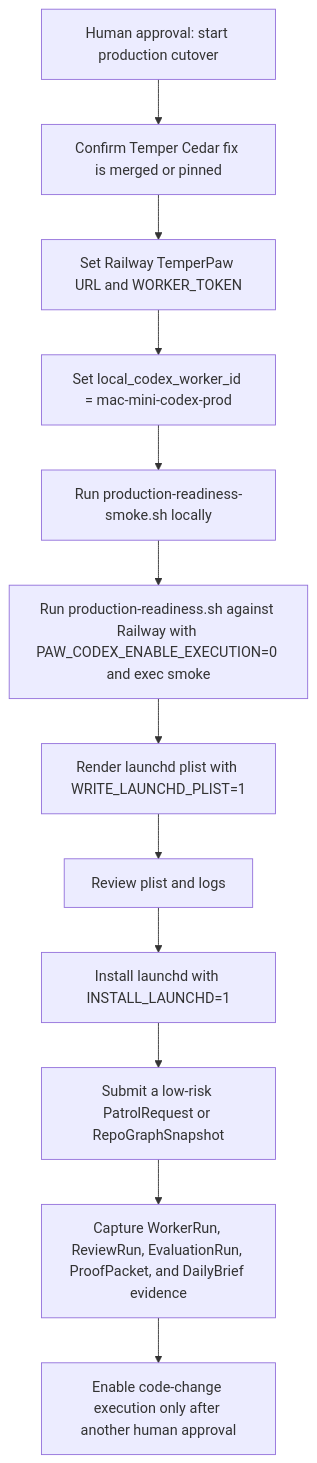
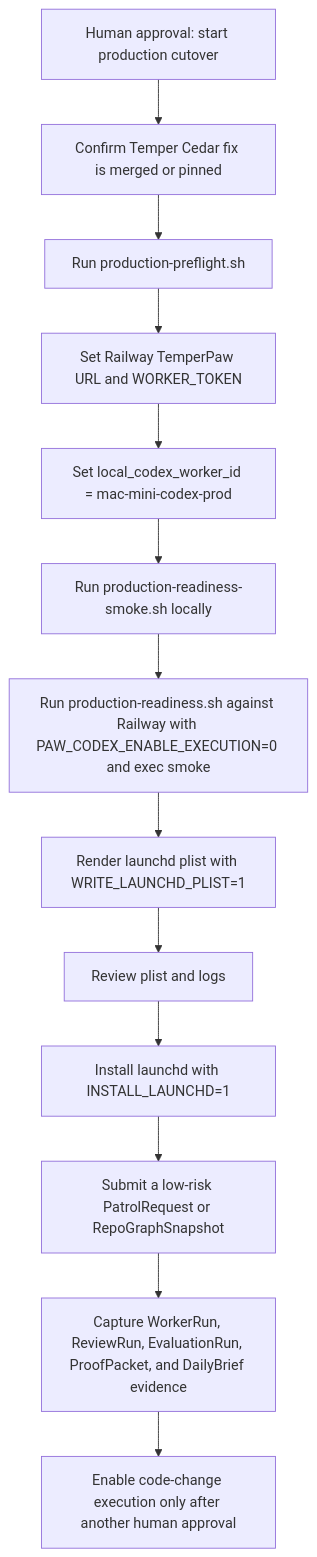
Before and after one commit to nerdsane/openpaw: the diagram in docs/runbooks/paw-patrol-production-cutover.md, drawn with Mermaid. The commit also changed other lines of this file and 7 other files, not shown here.

Commit message:
feat: add paw patrol production preflight

````diff
--- a/docs/runbooks/paw-patrol-production-cutover.md
+++ b/docs/runbooks/paw-patrol-production-cutover.md
@@ -10,14 +10,15 @@
 ```mermaid
 flowchart TD
     A["Human approval: start production cutover"] --> B["Confirm Temper Cedar fix is merged or pinned"]
-    B --> C["Set Railway TemperPaw URL and WORKER_TOKEN"]
-    C --> D["Set local_codex_worker_id = mac-mini-codex-prod"]
-    D --> E["Run production-readiness-smoke.sh locally"]
-    E --> F["Run production-readiness.sh against Railway with PAW_CODEX_ENABLE_EXECUTION=0 and exec smoke"]
-    F --> G["Render launchd plist with WRITE_LAUNCHD_PLIST=1"]
-    G --> H["Review plist and logs"]
-    H --> I["Install launchd with INSTALL_LAUNCHD=1"]
-    I --> J["Submit a low-risk PatrolRequest or RepoGraphSnapshot"]
-    J --> K["Capture WorkerRun, ReviewRun, EvaluationRun, ProofPacket, and DailyBrief evidence"]
-    K --> L["Enable code-change execution only after another human approval"]
+    B --> C["Run production-preflight.sh"]
+    C --> D["Set Railway TemperPaw URL and WORKER_TOKEN"]
+    D --> E["Set local_codex_worker_id = mac-mini-codex-prod"]
+    E --> F["Run production-readiness-smoke.sh locally"]
+    F --> G["Run production-readiness.sh against Railway with PAW_CODEX_ENABLE_EXECUTION=0 and exec smoke"]
+    G --> H["Render launchd plist with WRITE_LAUNCHD_PLIST=1"]
+    H --> I["Review plist and logs"]
+    I --> J["Install launchd with INSTALL_LAUNCHD=1"]
+    J --> K["Submit a low-risk PatrolRequest or RepoGraphSnapshot"]
+    K --> L["Capture WorkerRun, ReviewRun, EvaluationRun, ProofPacket, and DailyBrief evidence"]
+    L --> M["Enable code-change execution only after another human approval"]
 ```
````
